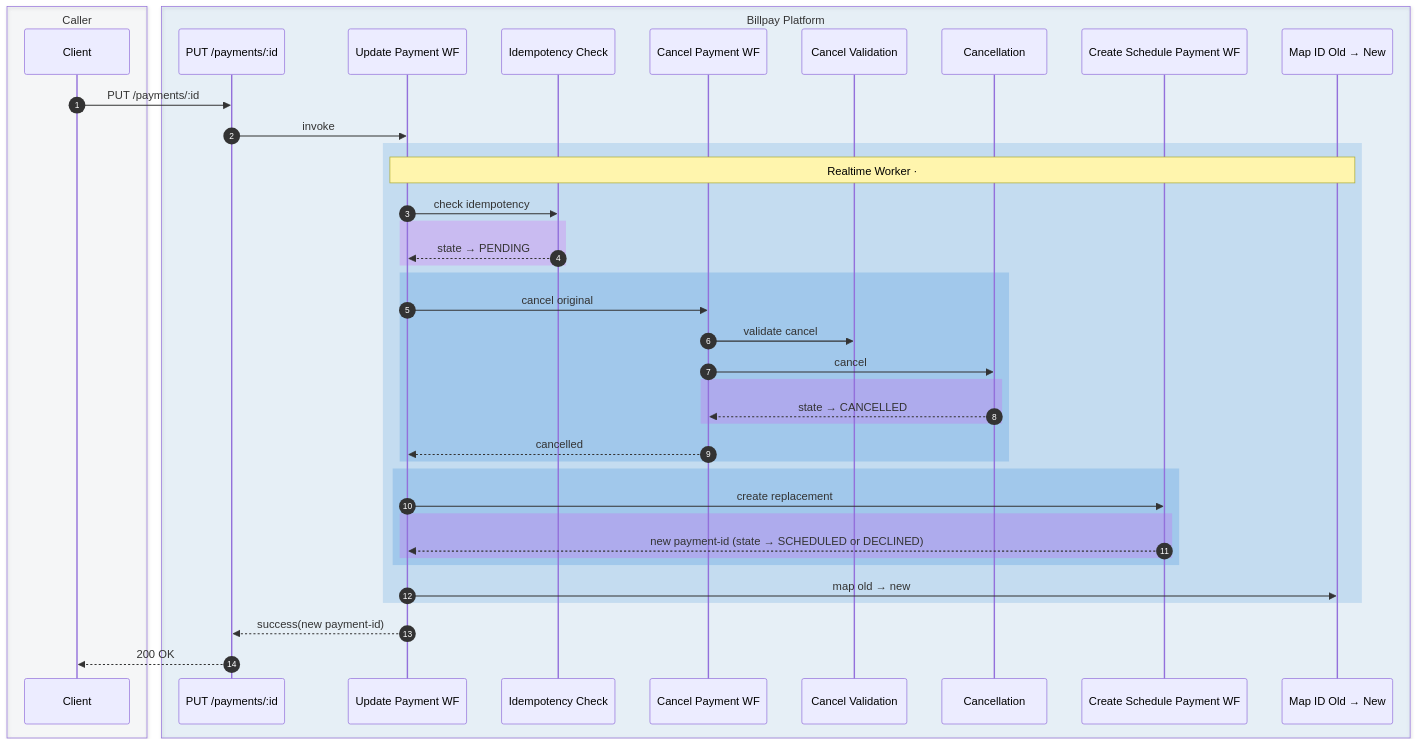
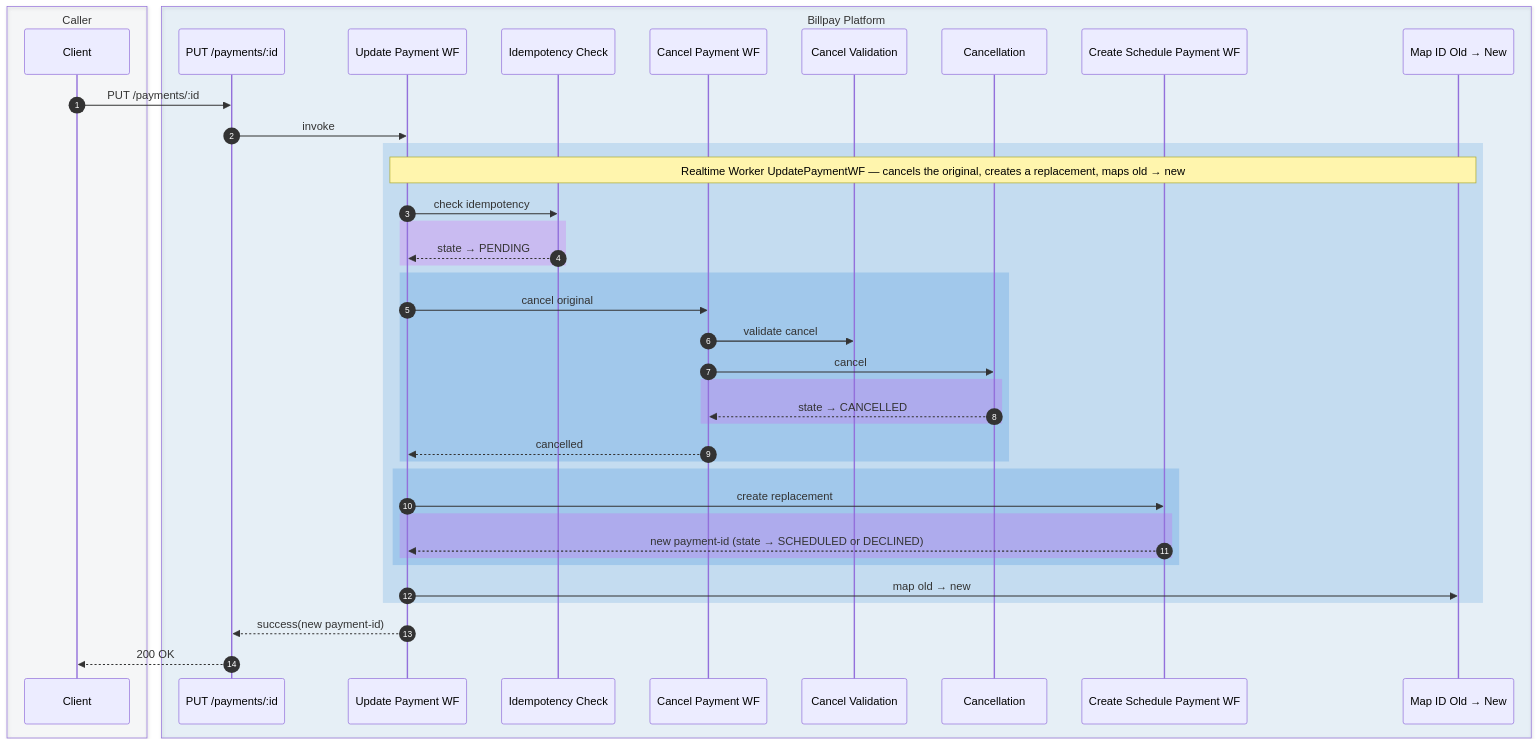
One commit to arunav-bhattacharya/billpay-docs changed the fifth of 11 diagrams in docs/diagrams/sequence-diagrams.md. Above: the diagram before and after it, drawn with Mermaid. The commit also changed other lines of this file, not shown here.

First line of the commit message:
Tidy Realtime/Batch Worker notes and extend Realtime annotation to async block in diagram #1

````diff
--- a/docs/diagrams/sequence-diagrams.md
+++ b/docs/diagrams/sequence-diagrams.md
@@ -342,52 +342,52 @@
 ```mermaid
 sequenceDiagram
   autonumber
 
   box rgba(148,163,184,0.06) Caller
     participant C as Client
   end
 
   box rgba(0,111,207,0.08) Billpay Platform
     participant API as PUT /payments/:id
     participant U as Update Payment WF
     participant IDEMP as Idempotency Check
     participant CAN as Cancel Payment WF
     participant PCV as Cancel Validation
     participant PCN as Cancellation
     participant CSP as Create Schedule Payment WF
     participant MAP as Map ID Old → New
   end
 
   C->>API: PUT /payments/:id
   API->>U: invoke
 
   rect rgba(0,111,207,0.15)
-    Note over U,MAP: Realtime Worker · #UpdatePaymentWF — cancels the original, creates a replacement, maps old → new
+    Note over U,MAP: Realtime Worker UpdatePaymentWF — cancels the original, creates a replacement, maps old → new
     U->>IDEMP: check idempotency
     rect rgba(217,70,239,0.22)
       IDEMP-->>U: state → PENDING
     end
 
     rect rgba(0,111,207,0.18)
       U->>CAN: cancel original
       CAN->>PCV: validate cancel
       CAN->>PCN: cancel
       rect rgba(217,70,239,0.22)
         PCN-->>CAN: state → CANCELLED
       end
       CAN-->>U: cancelled
     end
 
     rect rgba(0,111,207,0.18)
       U->>CSP: create replacement
       rect rgba(217,70,239,0.22)
         CSP-->>U: new payment-id (state → SCHEDULED or DECLINED)
       end
     end
 
     U->>MAP: map old → new
   end
 
   U-->>API: success(new payment-id)
   API-->>C: 200 OK
 ```
````
